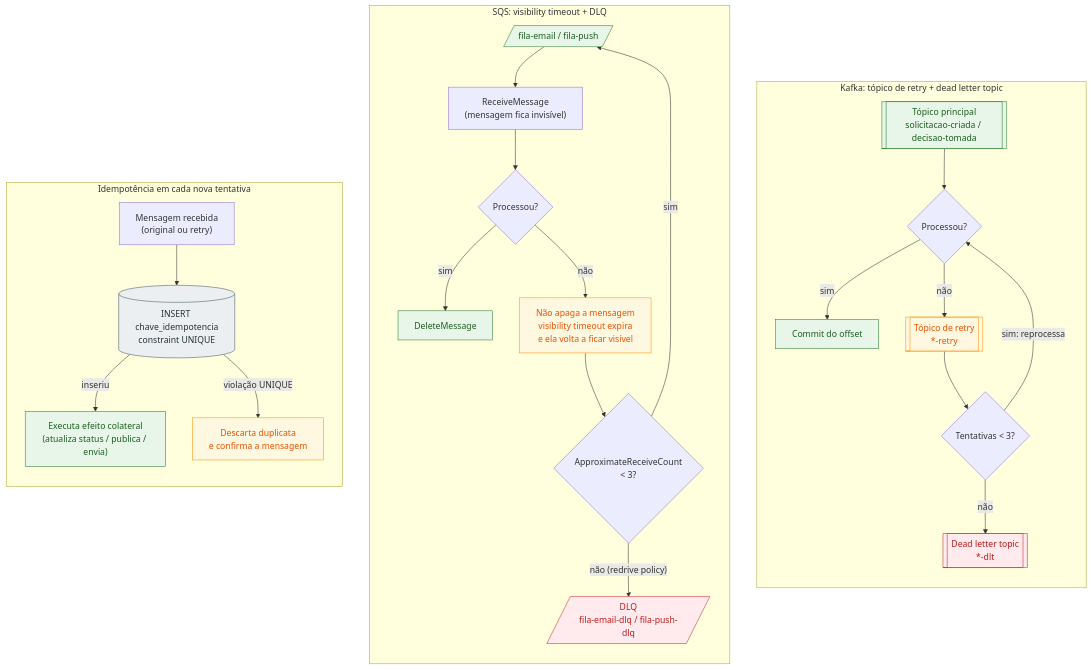
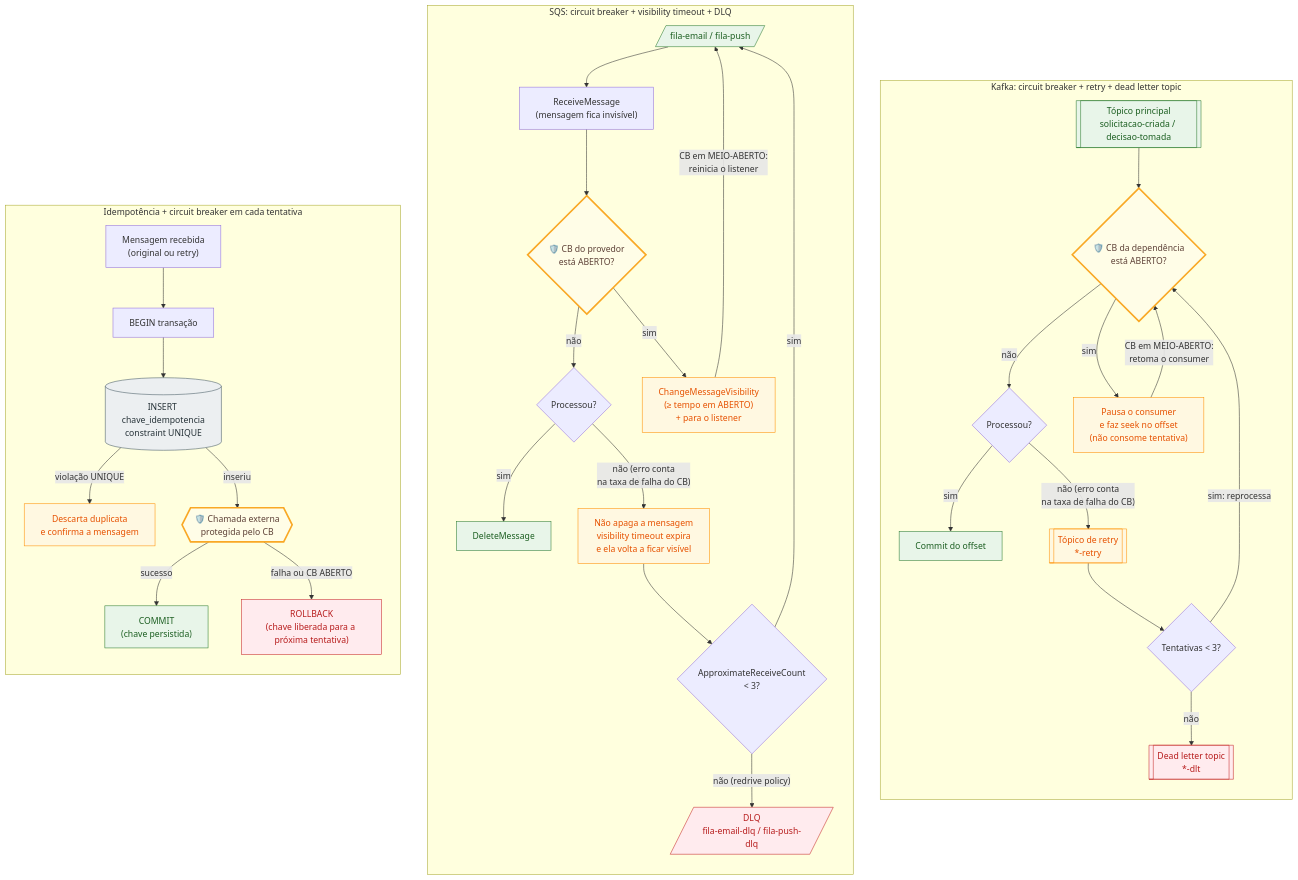
Before and after one commit to rafaelzucon/fluxo-de-credito: the diagram in docs/falhas.mmd, drawn with Mermaid. The commit also changed 12 other files, not shown here.

Commit message:
Adiciona circuit breaker aos desenhos do fluxo de crédito

```diff
--- a/docs/falhas.mmd
+++ b/docs/falhas.mmd
@@ -1,48 +1,64 @@
 flowchart TB
     classDef ok fill:#E8F5E9,stroke:#2E7D32,color:#1B5E20
     classDef warn fill:#FFF8E1,stroke:#FF8F00,color:#E65100
     classDef err fill:#FFEBEE,stroke:#C62828,color:#B71C1C
     classDef db fill:#ECEFF1,stroke:#455A64,color:#263238
+    classDef cb fill:#FFFDE7,stroke:#F9A825,stroke-width:3px,color:#5D4037
 
-    subgraph K["Kafka: tópico de retry + dead letter topic"]
+    subgraph K["Kafka: circuit breaker + retry + dead letter topic"]
         direction TB
         K1[["Tópico principal<br/>solicitacao-criada / decisao-tomada"]]:::ok
+        KCB{"🛡️ CB da dependência<br/>está ABERTO?"}:::cb
+        KP["Pausa o consumer<br/>e faz seek no offset<br/>(não consome tentativa)"]:::warn
         K2{"Processou?"}
         K3["Commit do offset"]:::ok
         K4[["Tópico de retry<br/>*-retry"]]:::warn
         K5{"Tentativas < 3?"}
         K6[["Dead letter topic<br/>*-dlt"]]:::err
-        K1 --> K2
+        K1 --> KCB
+        KCB -- "não" --> K2
+        KCB -- "sim" --> KP
+        KP -- "CB em MEIO-ABERTO:<br/>retoma o consumer" --> KCB
         K2 -- "sim" --> K3
-        K2 -- "não" --> K4
+        K2 -- "não (erro conta<br/>na taxa de falha do CB)" --> K4
         K4 --> K5
-        K5 -- "sim: reprocessa" --> K2
+        K5 -- "sim: reprocessa" --> KCB
         K5 -- "não" --> K6
     end
 
-    subgraph S["SQS: visibility timeout + DLQ"]
+    subgraph S["SQS: circuit breaker + visibility timeout + DLQ"]
         direction TB
         S1[/"fila-email / fila-push"/]:::ok
         S2["ReceiveMessage<br/>(mensagem fica invisível)"]
+        SCB{"🛡️ CB do provedor<br/>está ABERTO?"}:::cb
+        SP["ChangeMessageVisibility<br/>(≥ tempo em ABERTO)<br/>+ para o listener"]:::warn
         S3{"Processou?"}
         S4["DeleteMessage"]:::ok
         S5["Não apaga a mensagem<br/>visibility timeout expira<br/>e ela volta a ficar visível"]:::warn
         S6{"ApproximateReceiveCount<br/>< 3?"}
         S7[/"DLQ<br/>fila-email-dlq / fila-push-dlq"/]:::err
-        S1 --> S2 --> S3
+        S1 --> S2 --> SCB
+        SCB -- "não" --> S3
+        SCB -- "sim" --> SP
+        SP -- "CB em MEIO-ABERTO:<br/>reinicia o listener" --> S1
         S3 -- "sim" --> S4
-        S3 -- "não" --> S5 --> S6
+        S3 -- "não (erro conta<br/>na taxa de falha do CB)" --> S5 --> S6
         S6 -- "sim" --> S1
         S6 -- "não (redrive policy)" --> S7
     end
 
-    subgraph I["Idempotência em cada nova tentativa"]
+    subgraph I["Idempotência + circuit breaker em cada tentativa"]
         direction TB
         I1["Mensagem recebida<br/>(original ou retry)"]
+        I0["BEGIN transação"]
         I2[("INSERT chave_idempotencia<br/>constraint UNIQUE")]:::db
-        I3["Executa efeito colateral<br/>(atualiza status / publica / envia)"]:::ok
         I4["Descarta duplicata<br/>e confirma a mensagem"]:::warn
-        I1 --> I2
-        I2 -- "inseriu" --> I3
+        ICB{{"🛡️ Chamada externa<br/>protegida pelo CB"}}:::cb
+        I3["COMMIT<br/>(chave persistida)"]:::ok
+        I5["ROLLBACK<br/>(chave liberada para a próxima tentativa)"]:::err
+        I1 --> I0 --> I2
         I2 -- "violação UNIQUE" --> I4
+        I2 -- "inseriu" --> ICB
+        ICB -- "sucesso" --> I3
+        ICB -- "falha ou CB ABERTO" --> I5
     end
```
